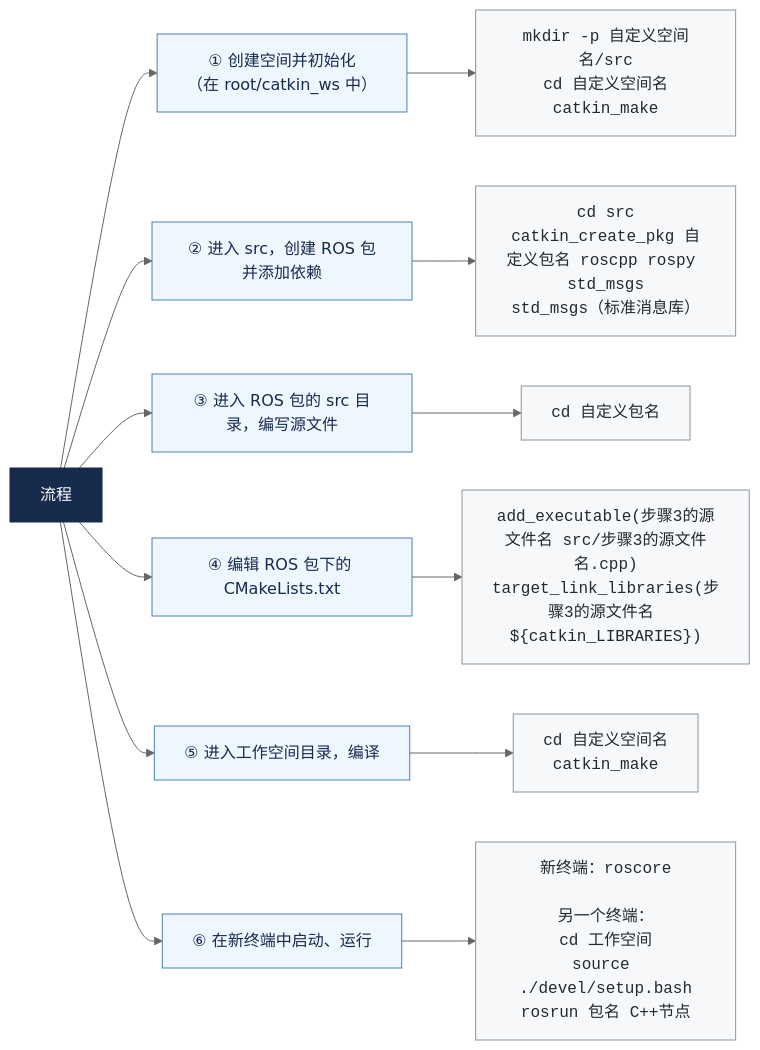
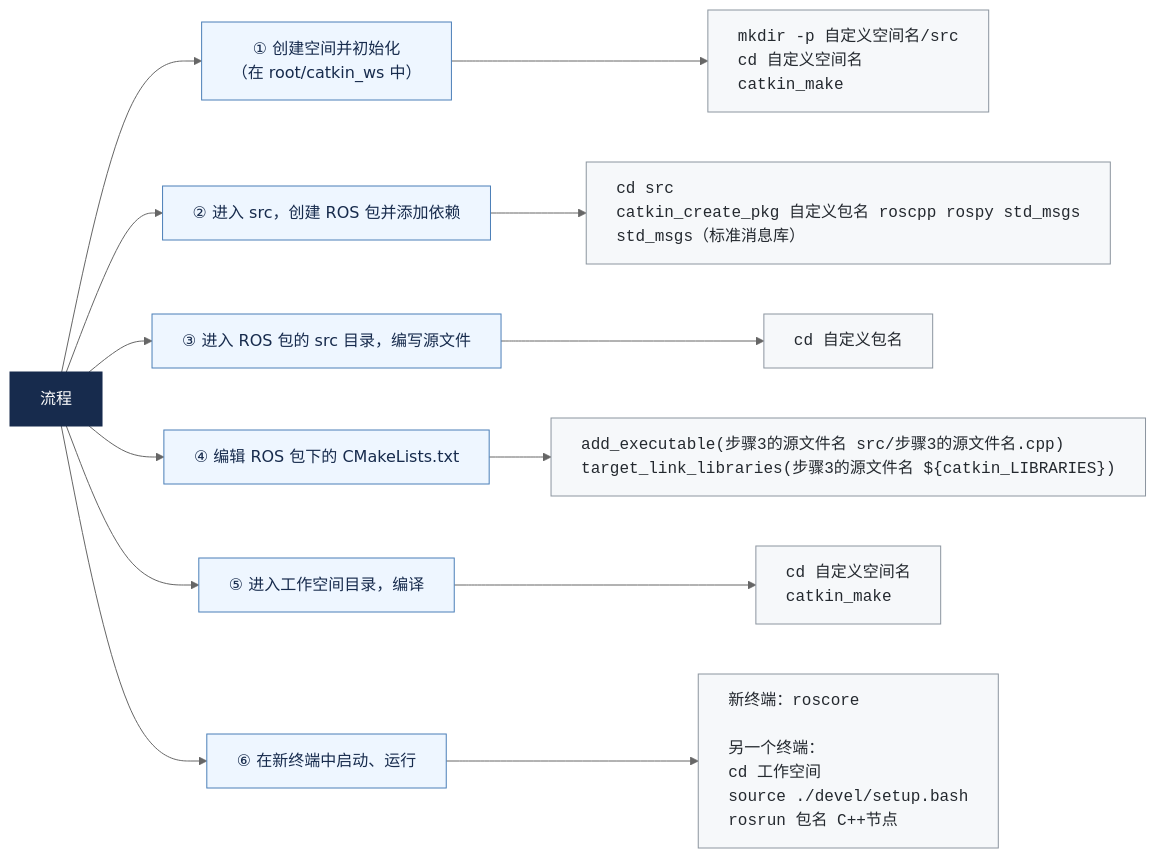
One commit to gddyqgd/missing-semester changed the diagram in 2027/gddyqgd/notes/ros.md. Above: the diagram before and after it, drawn with Mermaid (neutral theme).

Commit message:
Inproved the layout.
调整了排版,使流程图中的每一条命令站一行位置

````diff
--- a/2027/gddyqgd/notes/ros.md
+++ b/2027/gddyqgd/notes/ros.md
@@ -12,43 +12,44 @@
 ```mermaid
+%%{init: {"flowchart": {"wrappingWidth": 1000}}}%%
 flowchart LR
     FLOW["流程"]
 
     S1["① 创建空间并初始化<br/>（在 root/catkin_ws 中）"]
     C1["mkdir -p 自定义空间名/src<br/>cd 自定义空间名<br/>catkin_make"]
 
     S2["② 进入 src，创建 ROS 包并添加依赖"]
     C2["cd src<br/>catkin_create_pkg 自定义包名 roscpp rospy std_msgs<br/>std_msgs（标准消息库）"]
 
     S3["③ 进入 ROS 包的 src 目录，编写源文件"]
     C3["cd 自定义包名"]
 
     S4["④ 编辑 ROS 包下的 CMakeLists.txt"]
     C4["add_executable(步骤3的源文件名 src/步骤3的源文件名.cpp)<br/>target_link_libraries(步骤3的源文件名 ${catkin_LIBRARIES})"]
 
     S5["⑤ 进入工作空间目录，编译"]
     C5["cd 自定义空间名<br/>catkin_make"]
 
     S6["⑥ 在新终端中启动、运行"]
     C6["新终端：roscore<br/><br/>另一个终端：<br/>cd 工作空间<br/>source ./devel/setup.bash<br/>rosrun 包名 C++节点"]
 
     FLOW --> S1
     FLOW --> S2
     FLOW --> S3
     FLOW --> S4
     FLOW --> S5
     FLOW --> S6
 
     S1 --> C1
     S2 --> C2
     S3 --> C3
     S4 --> C4
     S5 --> C5
     S6 --> C6
 
     classDef root fill:#172b4d,stroke:#172b4d,color:#ffffff
     classDef step fill:#eef6ff,stroke:#4b7fb8,color:#172b4d
-    classDef command fill:#f6f8fa,stroke:#8c959f,color:#24292f,font-family:monospace
+    classDef command fill:#f6f8fa,stroke:#8c959f,color:#24292f,font-family:monospace,text-align:left,white-space:nowrap
     class FLOW root
     class S1,S2,S3,S4,S5,S6 step
     class C1,C2,C3,C4,C5,C6 command
 ```
````
